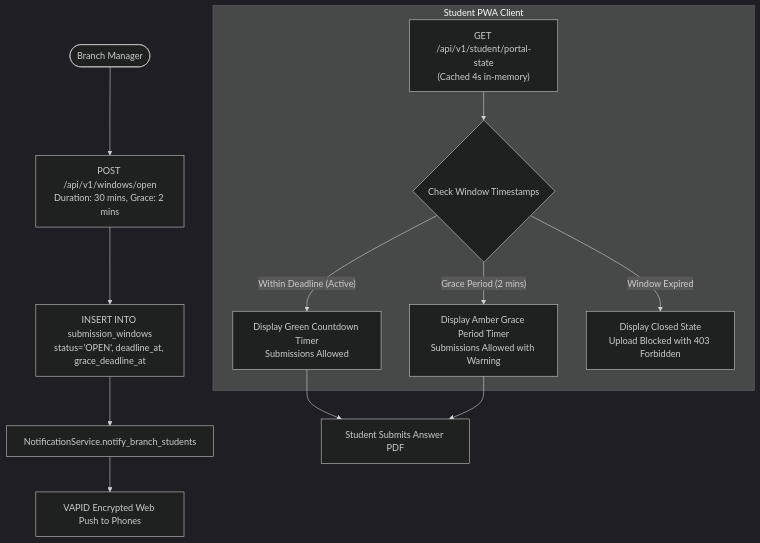
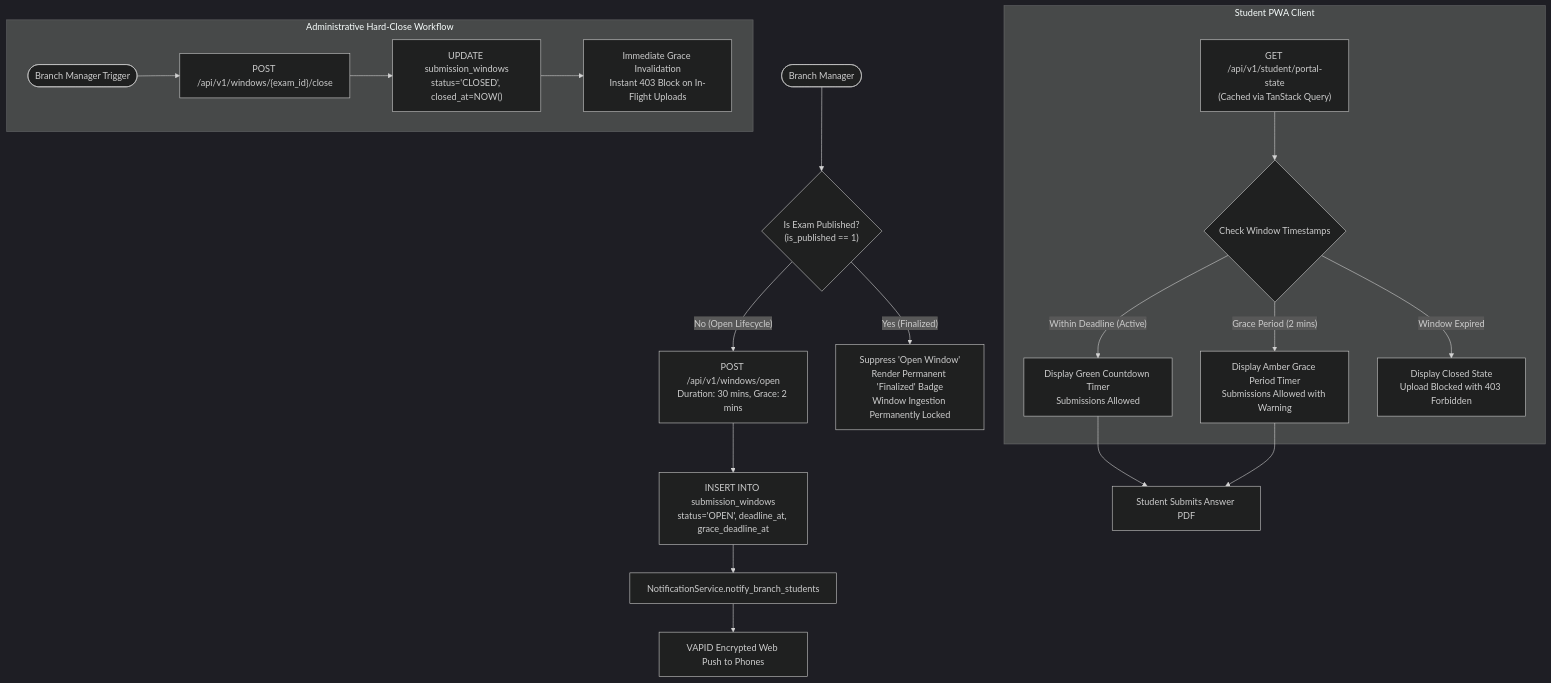
Before and after one commit to T4RuN05/papergrade.ai: the fifth of 14 diagrams in README.md, drawn with Mermaid (dark theme). The commit also changed other lines of this file, not shown here.

Commit message:
docs: update README with TanStack Query, Apple design system, PWA portal UX, and BI data architecture

````diff
--- a/README.md
+++ b/README.md
@@ -322,17 +330,25 @@
 ```mermaid
 flowchart TD
-    Manager(["Branch Manager"]) --> OpenWin["POST /api/v1/windows/open<br/>Duration: 30 mins, Grace: 2 mins"]
+    Manager(["Branch Manager"]) --> CheckPub{"Is Exam Published?<br/>(is_published == 1)"}
+    CheckPub -->|"Yes (Finalized)"| LockUI["Suppress 'Open Window'<br/>Render Permanent 'Finalized' Badge<br/>Window Ingestion Permanently Locked"]
+    CheckPub -->|"No (Open Lifecycle)"| OpenWin["POST /api/v1/windows/open<br/>Duration: 30 mins, Grace: 2 mins"]
     OpenWin --> DB_Win["INSERT INTO submission_windows<br/>status='OPEN', deadline_at, grace_deadline_at"]
     DB_Win --> NotifDispatch["NotificationService.notify_branch_students"]
     NotifDispatch --> WebPush["VAPID Encrypted Web Push to Phones"]
     
     subgraph StudentApp["Student PWA Client"]
-        PortalState["GET /api/v1/student/portal-state<br/>(Cached 4s in-memory)"] --> TimerCalc{"Check Window Timestamps"}
+        PortalState["GET /api/v1/student/portal-state<br/>(Cached via TanStack Query)"] --> TimerCalc{"Check Window Timestamps"}
         TimerCalc -->|"Within Deadline (Active)"| ActiveState["Display Green Countdown Timer<br/>Submissions Allowed"]
         TimerCalc -->|"Grace Period (2 mins)"| GraceState["Display Amber Grace Period Timer<br/>Submissions Allowed with Warning"]
         TimerCalc -->|"Window Expired"| ExpiredState["Display Closed State<br/>Upload Blocked with 403 Forbidden"]
     end
 
     ActiveState --> UploadReq["Student Submits Answer PDF"]
     GraceState --> UploadReq
+
+    subgraph AdminCutoff["Administrative Hard-Close Workflow"]
+        ManagerOverride(["Branch Manager Trigger"]) --> ForceClose["POST /api/v1/windows/{exam_id}/close"]
+        ForceClose --> CloseDB["UPDATE submission_windows<br/>status='CLOSED', closed_at=NOW()"]
+        CloseDB --> DropGrace["Immediate Grace Invalidation<br/>Instant 403 Block on In-Flight Uploads"]
+    end
 ```
````
